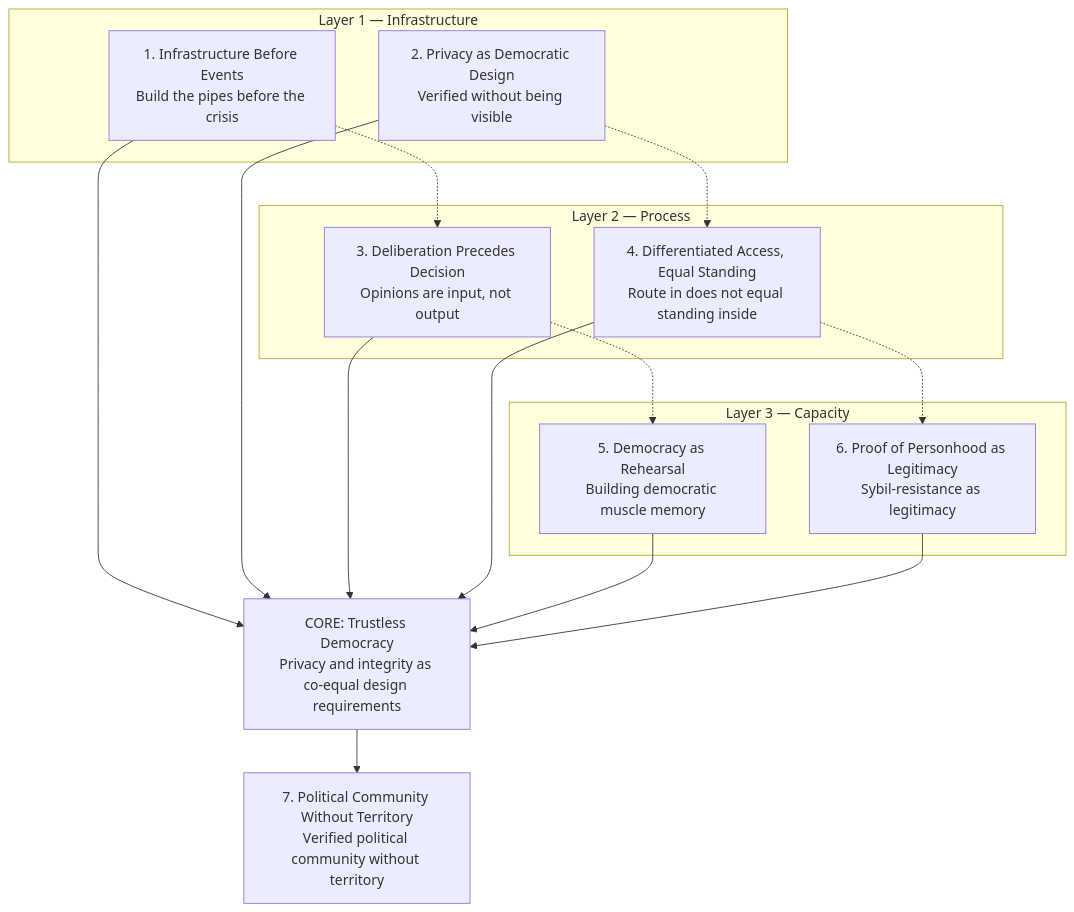
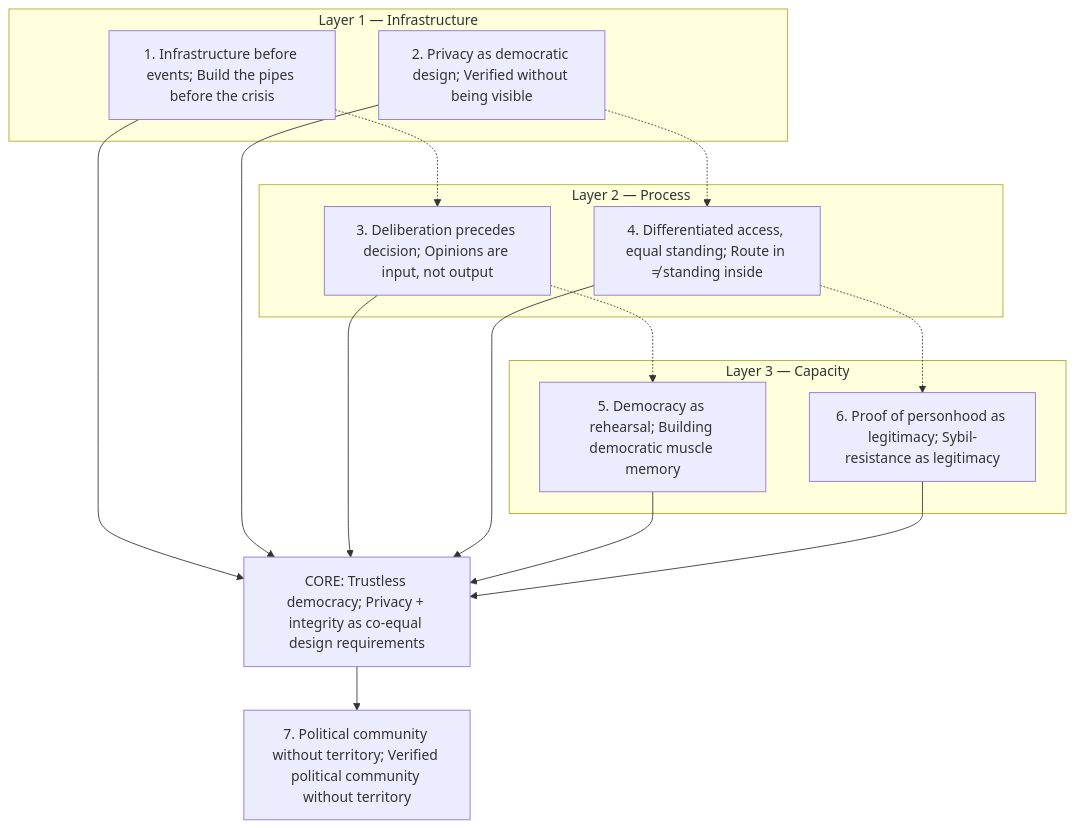
Before and after one commit to armantorkzaban/armantorkzaban.github.io: the diagram in _posts/2026-06-29-jomhoor-theoretical-framework.md, drawn with Mermaid.

Commit message:
fix: newline issues in diagram blocks

````diff
--- a/_posts/2026-06-29-jomhoor-theoretical-framework.md
+++ b/_posts/2026-06-29-jomhoor-theoretical-framework.md
@@ -11,34 +11,34 @@
 ```mermaid
 flowchart TB
     subgraph INFRA["Layer 1 — Infrastructure"]
-        T1["1. Infrastructure Before Events<br/>Build the pipes before the crisis"]
-        T2["2. Privacy as Democratic Design<br/>Verified without being visible"]
+        T1["1. Infrastructure before events; Build the pipes before the crisis"]
+        T2["2. Privacy as democratic design; Verified without being visible"]
     end
 
     subgraph PROCESS["Layer 2 — Process"]
-        T3["3. Deliberation Precedes Decision<br/>Opinions are input, not output"]
-        T4["4. Differentiated Access, Equal Standing<br/>Route in does not equal standing inside"]
+        T3["3. Deliberation precedes decision; Opinions are input, not output"]
+        T4["4. Differentiated access, equal standing; Route in ≠ standing inside"]
     end
 
     subgraph CAPACITY["Layer 3 — Capacity"]
-        T5["5. Democracy as Rehearsal<br/>Building democratic muscle memory"]
-        T6["6. Proof of Personhood as Legitimacy<br/>Sybil-resistance as legitimacy"]
+        T5["5. Democracy as rehearsal; Building democratic muscle memory"]
+        T6["6. Proof of personhood as legitimacy; Sybil-resistance as legitimacy"]
     end
 
-    CORE["CORE: Trustless Democracy<br/>Privacy and integrity as co-equal design requirements"]
+    CORE["CORE: Trustless democracy; Privacy + integrity as co-equal design requirements"]
 
-    T7["7. Political Community Without Territory<br/>Verified political community without territory"]
+    T7["7. Political community without territory; Verified political community without territory"]
 
     T1 --> CORE
     T2 --> CORE
     T3 --> CORE
     T4 --> CORE
     T5 --> CORE
     T6 --> CORE
     CORE --> T7
 
     T1 -.-> T3
     T3 -.-> T5
     T2 -.-> T4
     T4 -.-> T6
 ```
````
